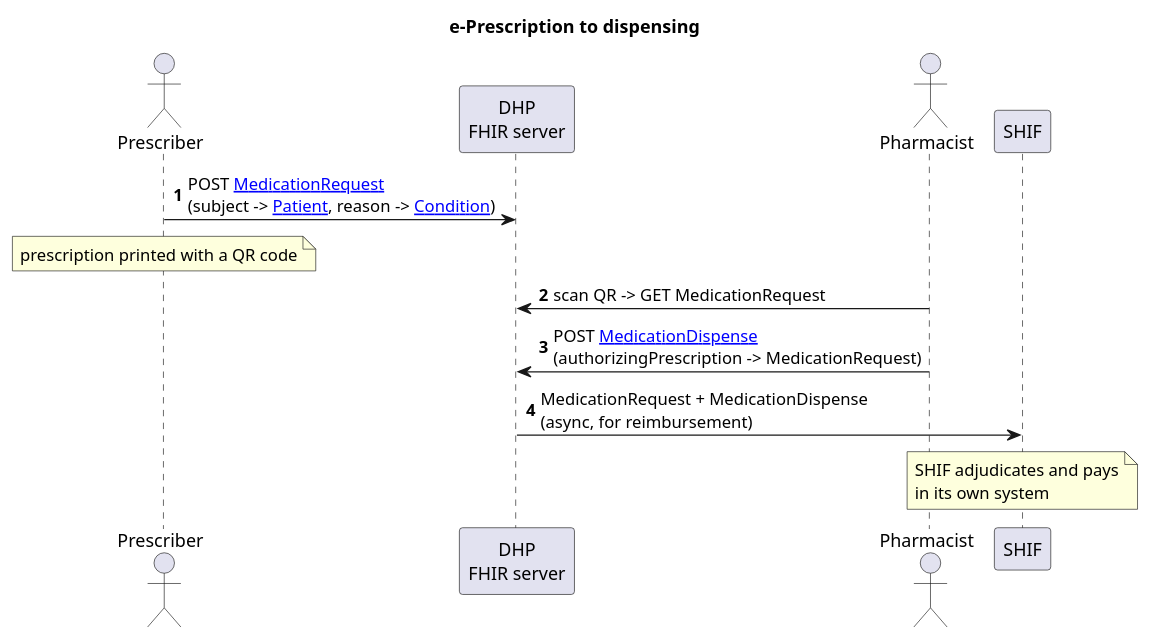
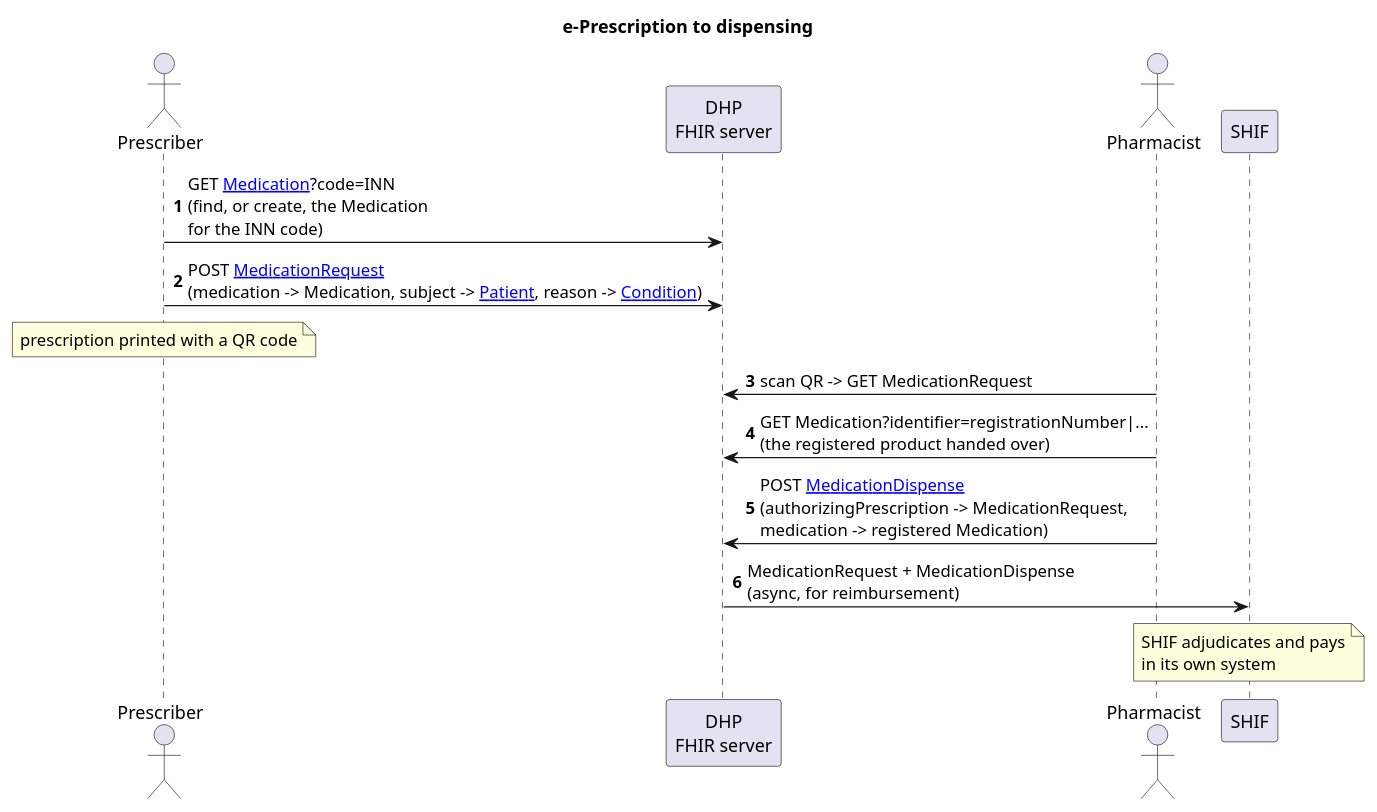
One commit to uzinfocom-org/digital-health-ig changed the diagram in input/images-source/prescription-sequence.plantuml. Above: the diagram before and after it, drawn with PlantUML. The commit also changed 29 other files, not shown here.

```diff
--- a/input/images-source/prescription-sequence.plantuml
+++ b/input/images-source/prescription-sequence.plantuml
@@ -1,18 +1,20 @@
 @startuml prescription-sequence
 title e-Prescription to dispensing
 autonumber
 
 actor "Prescriber" as Doc
 participant "DHP\nFHIR server" as DHP
 actor "Pharmacist" as Pharm
 participant "SHIF" as SHIF
 
-Doc -> DHP : POST [[StructureDefinition-uz-core-medicationrequest.html MedicationRequest]]\n(subject -> [[StructureDefinition-uz-core-patient.html Patient]], reason -> [[StructureDefinition-uz-core-condition.html Condition]])
+Doc -> DHP : GET [[StructureDefinition-uz-core-medication.html Medication]]?code=INN\n(find, or create, the Medication\nfor the INN code)
+Doc -> DHP : POST [[StructureDefinition-uz-core-medicationrequest.html MedicationRequest]]\n(medication -> Medication, subject -> [[StructureDefinition-uz-core-patient.html Patient]], reason -> [[StructureDefinition-uz-core-condition.html Condition]])
 note over Doc : prescription printed with a QR code
 
 Pharm -> DHP : scan QR -> GET MedicationRequest
-Pharm -> DHP : POST [[StructureDefinition-uz-core-medication-dispense.html MedicationDispense]]\n(authorizingPrescription -> MedicationRequest)
+Pharm -> DHP : GET Medication?identifier=registrationNumber|...\n(the registered product handed over)
+Pharm -> DHP : POST [[StructureDefinition-uz-core-medication-dispense.html MedicationDispense]]\n(authorizingPrescription -> MedicationRequest,\nmedication -> registered Medication)
 
 DHP -> SHIF : MedicationRequest + MedicationDispense\n(async, for reimbursement)
 note over SHIF : SHIF adjudicates and pays\nin its own system
 @enduml
```
